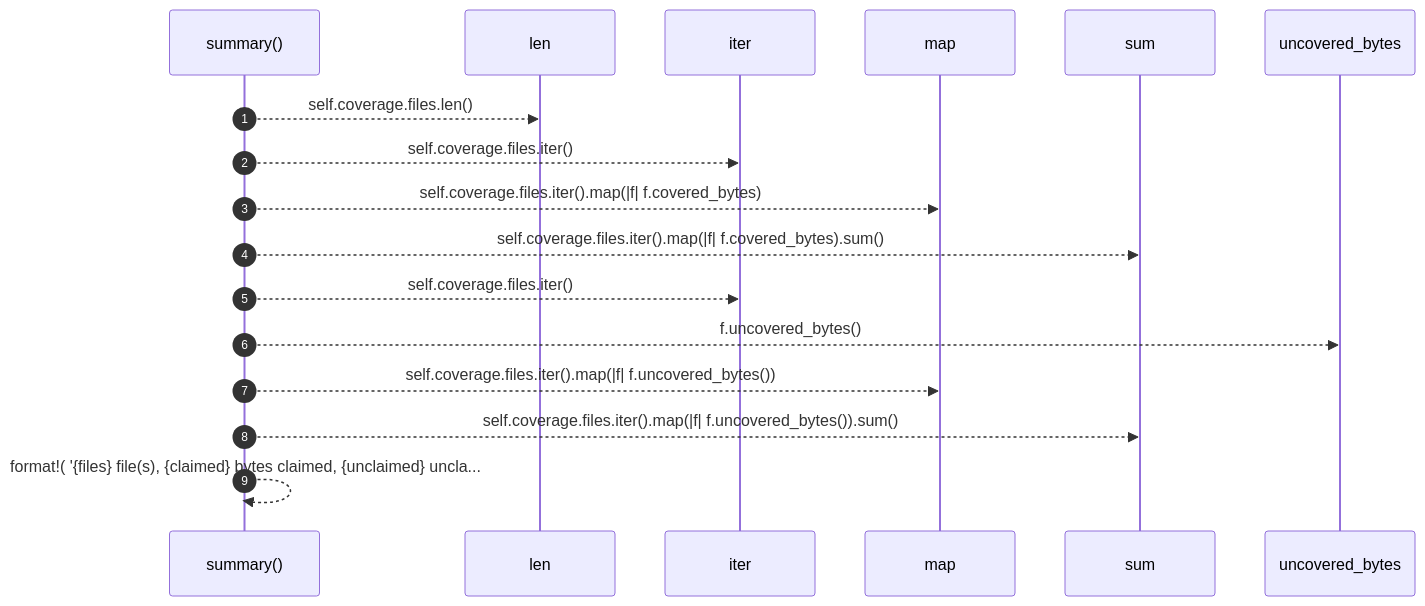
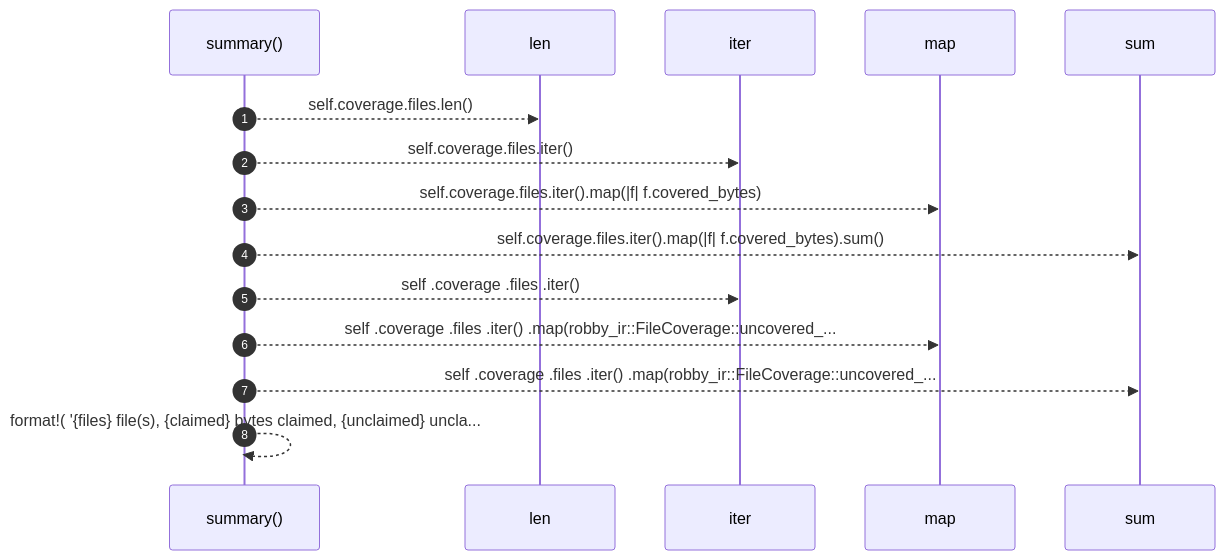
One commit to RyanGuild/self-describing-code changed the diagram in .robby/diagrams/seq-rust-robby-render-pipeline-impl-loaded-summary.mmd. Above: the diagram before and after it, drawn with Mermaid. The commit also changed 747 other files, not shown here.

```diff
--- a/.robby/diagrams/seq-rust-robby-render-pipeline-impl-loaded-summary.mmd
+++ b/.robby/diagrams/seq-rust-robby-render-pipeline-impl-loaded-summary.mmd
@@ -1,17 +1,15 @@
 sequenceDiagram
     autonumber
     participant summary as summary()
     participant len as len
     participant iter as iter
     participant map as map
     participant sum as sum
-    participant uncovered_bytes as uncovered_bytes
     summary-->>len: self.coverage.files.len()
     summary-->>iter: self.coverage.files.iter()
     summary-->>map: self.coverage.files.iter().map(|f| f.covered_bytes)
     summary-->>sum: self.coverage.files.iter().map(|f| f.covered_bytes).sum()
-    summary-->>iter: self.coverage.files.iter()
-    summary-->>uncovered_bytes: f.uncovered_bytes()
-    summary-->>map: self.coverage.files.iter().map(|f| f.uncovered_bytes())
-    summary-->>sum: self.coverage.files.iter().map(|f| f.uncovered_bytes()).sum()
+    summary-->>iter: self .coverage .files .iter()
+    summary-->>map: self .coverage .files .iter() .map(robby_ir::FileCoverage::uncovered_...
+    summary-->>sum: self .coverage .files .iter() .map(robby_ir::FileCoverage::uncovered_...
     summary-->>summary: format!( '{files} file(s), {claimed} bytes claimed, {unclaimed} uncla...
```
